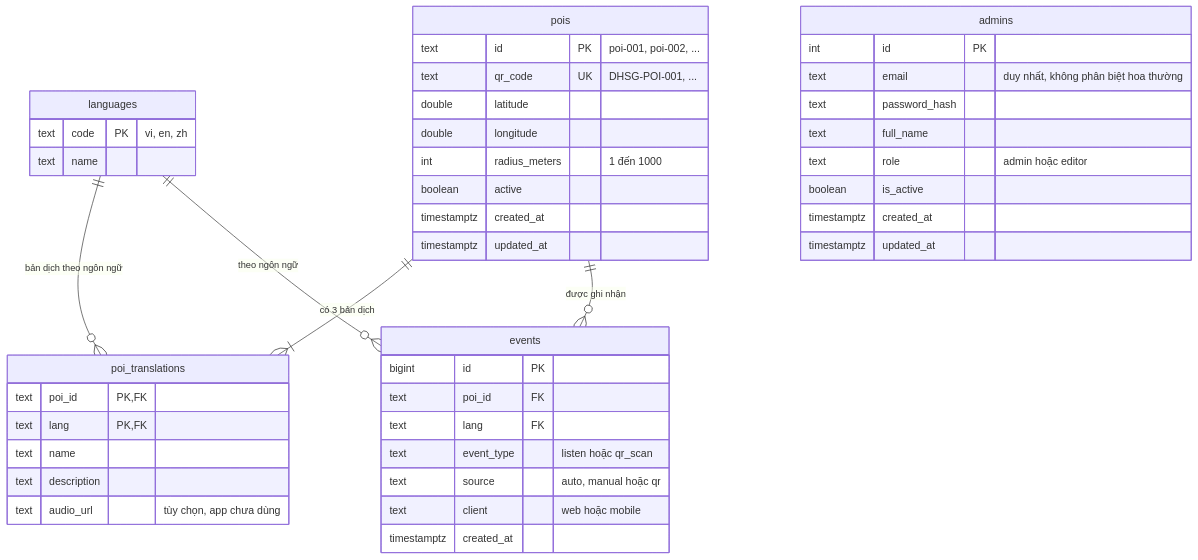
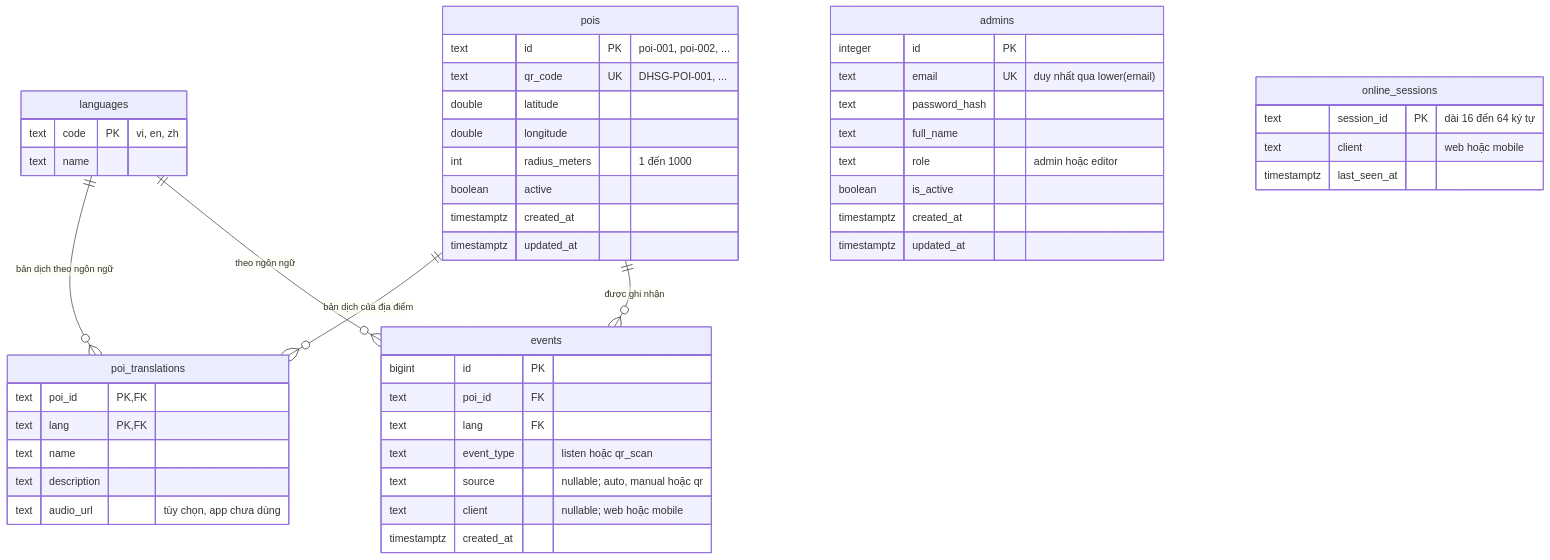
The diagram in campus-guide-repos/server/docs/ERD.md (bjruly/SE_2026), drawn with Mermaid before and after one commit. The commit also changed other lines of this file and 43 other files, not shown here.

````diff
--- a/campus-guide-repos/server/docs/ERD.md
+++ b/campus-guide-repos/server/docs/ERD.md
@@ -5,48 +5,53 @@
 ```mermaid
 erDiagram
     languages ||--o{ poi_translations : "bản dịch theo ngôn ngữ"
-    pois ||--|{ poi_translations : "có 3 bản dịch"
+    pois ||--o{ poi_translations : "bản dịch của địa điểm"
     pois ||--o{ events : "được ghi nhận"
     languages ||--o{ events : "theo ngôn ngữ"
 
     languages {
         text code PK "vi, en, zh"
         text name
     }
     admins {
-        int id PK
-        text email "duy nhất, không phân biệt hoa thường"
+        integer id PK
+        text email UK "duy nhất qua lower(email)"
         text password_hash
         text full_name
         text role "admin hoặc editor"
         boolean is_active
         timestamptz created_at
         timestamptz updated_at
     }
     pois {
         text id PK "poi-001, poi-002, ..."
         text qr_code UK "DHSG-POI-001, ..."
         double latitude
         double longitude
         int radius_meters "1 đến 1000"
         boolean active
         timestamptz created_at
         timestamptz updated_at
     }
     poi_translations {
         text poi_id PK, FK
         text lang PK, FK
         text name
         text description
         text audio_url "tùy chọn, app chưa dùng"
     }
     events {
         bigint id PK
         text poi_id FK
         text lang FK
         text event_type "listen hoặc qr_scan"
-        text source "auto, manual hoặc qr"
-        text client "web hoặc mobile"
+        text source "nullable; auto, manual hoặc qr"
+        text client "nullable; web hoặc mobile"
         timestamptz created_at
     }
+    online_sessions {
+        text session_id PK "dài 16 đến 64 ký tự"
+        text client "web hoặc mobile"
+        timestamptz last_seen_at
+    }
 ```
````
